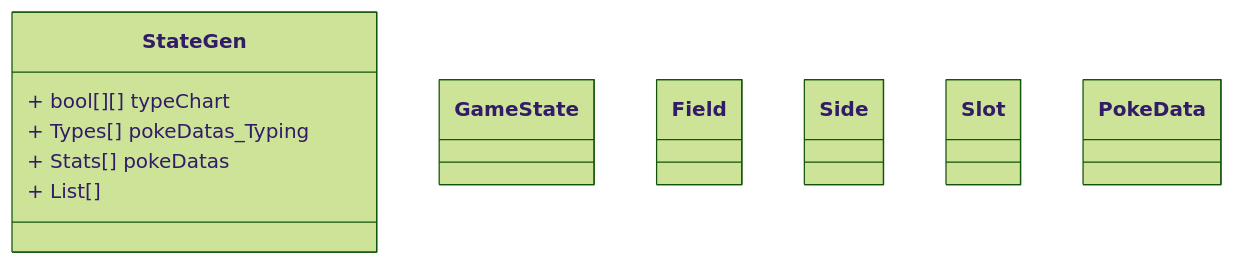
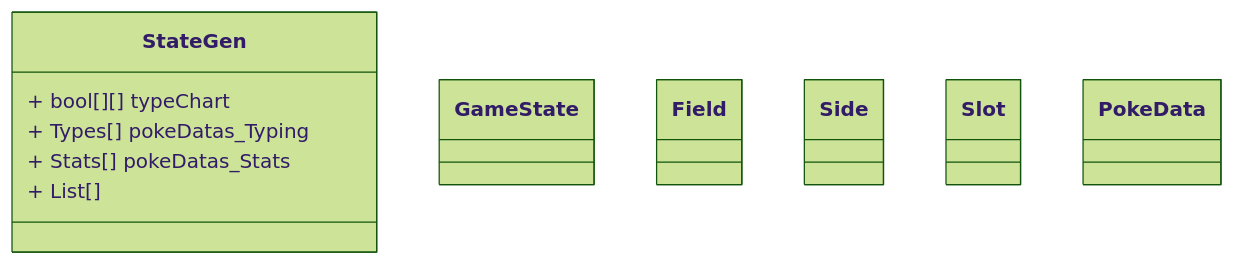
The diagram in all/Untitled.md (UtaSzane/iodraw-files), drawn with Mermaid (forest theme) before and after one commit.

Commit message:
2026-06-07 23:28:18 update

````diff
--- a/all/Untitled.md
+++ b/all/Untitled.md
@@ -1,24 +1,25 @@
 ```mermaid
 classDiagram
+    enum 
     class StateGen {
         + bool[][] typeChart
         + Types[] pokeDatas_Typing
-        + Stats[] pokeDatas
+        + Stats[] pokeDatas_Stats
         + List[]
     }  
     class GameState {
 
     }
     class Field {
 
     }
     class Side {
 
     }
     class Slot {
 
     }
     class PokeData {
 
     }
 ```
````
